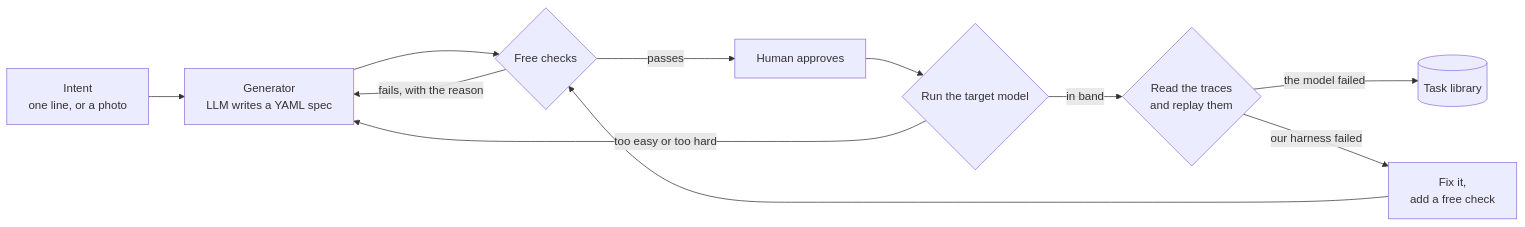
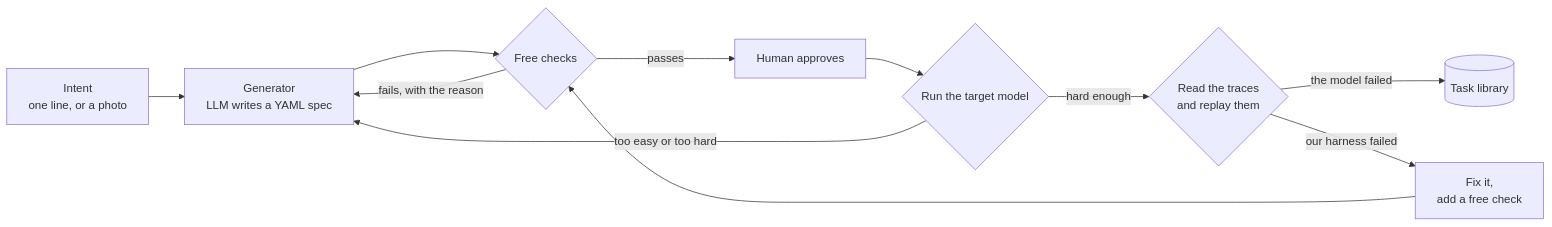
One commit to MehdiMHeydari/hud-rua-synth changed the diagram in docs/2_pipeline.md. Above: the diagram before and after it, drawn with Mermaid. The commit also changed other lines of this file and 1 other file, not shown here.

````diff
--- a/docs/2_pipeline.md
+++ b/docs/2_pipeline.md
@@ -5,13 +5,13 @@
 ```mermaid
 flowchart LR
     I[Intent<br/>one line, or a photo] --> G[Generator<br/>LLM writes a YAML spec]
     G --> F{Free checks}
     F -->|fails, with the reason| G
     F -->|passes| H[Human approves]
     H --> P{Run the target model}
     P -->|too easy or too hard| G
-    P -->|in band| T{Read the traces<br/>and replay them}
+    P -->|hard enough| T{Read the traces<br/>and replay them}
     T -->|the model failed| L[(Task library)]
     T -->|our harness failed| K[Fix it,<br/>add a free check]
     K --> F
 ```
````
